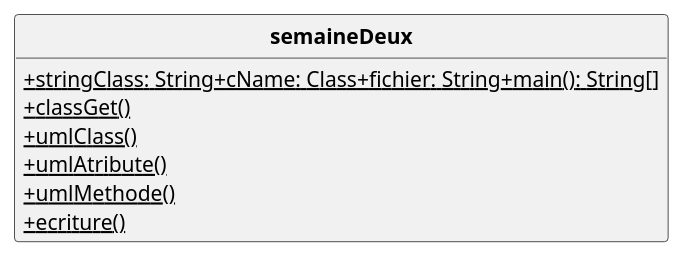
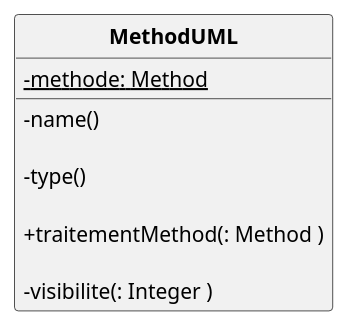
One commit to D3B1RUM4N/SAE_P21 changed the diagram in semaine3,5/uml/classUML.puml. Above: the diagram before and after it, drawn with PlantUML. The commit also changed 9 other files, not shown here.

```diff
--- a/semaine3,5/uml/classUML.puml
+++ b/semaine3,5/uml/classUML.puml
@@ -1,19 +1,22 @@
 @startuml
 
 'UML GENER PAR CODE :)
 
 skinparam style strictuml
 skinparam classAttributeIconSize 0
 skinparam classFontStyle Bold
 hide empty members
 
-class semaineDeux{
-+{static}stringClass: String+{static}cName: Class+{static}fichier: String+{static}main(): String[] 
-+{static}classGet()
-+{static}umlClass()
-+{static}umlAtribute()
-+{static}umlMethode()
-+{static}ecriture()
+class MethodUML{
+-{static}methode: Method
+-name()
+
+-type()
+
++traitementMethod(: Method )
+
+-visibilite(: Integer )
+
 
 }
 @enduml
```
